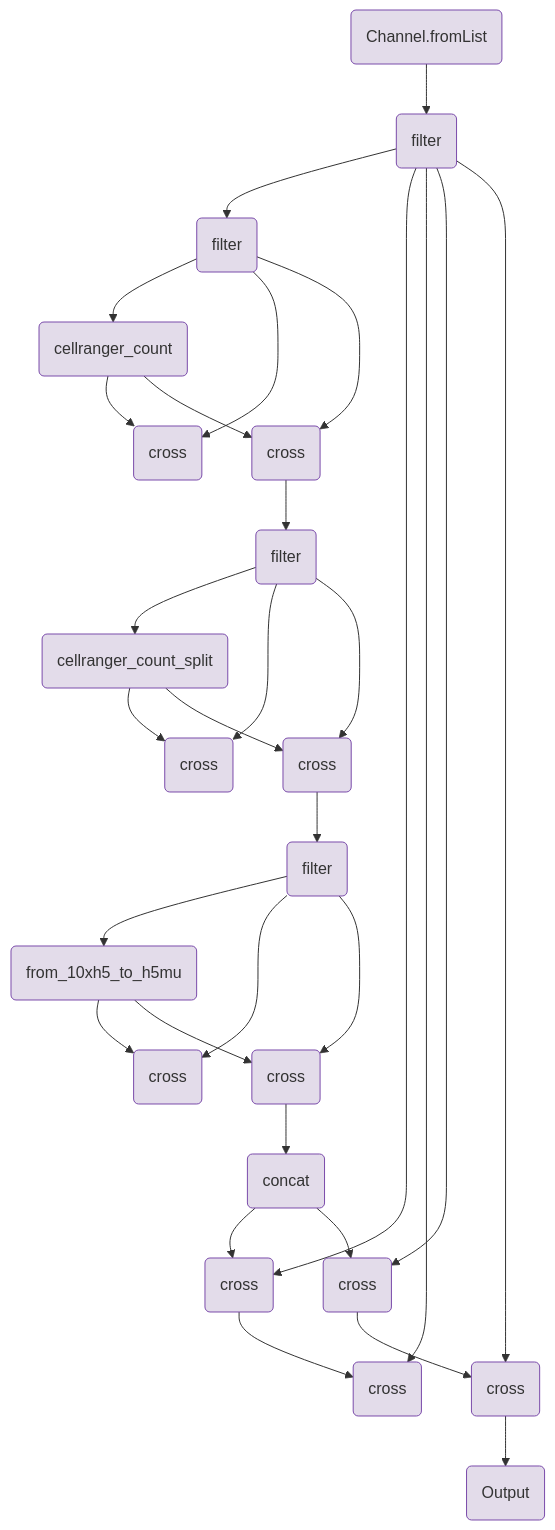
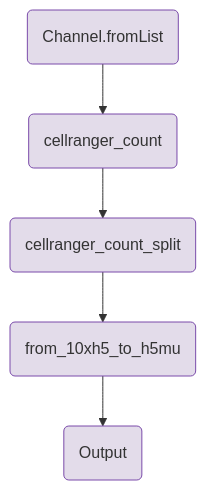
The diagram in components/workflows/ingestion/cellranger_mapping.qmd (openpipelines-bio/website), drawn with Mermaid before and after one commit. The commit also changed other lines of this file and 144 other files, not shown here.

````diff
--- a/components/workflows/ingestion/cellranger_mapping.qmd
+++ b/components/workflows/ingestion/cellranger_mapping.qmd
@@ -123,73 +121,18 @@
 ```{mermaid}
 flowchart TB
     v0(Channel.fromList)
-    v2(filter)
-    v9(filter)
     v17(cellranger_count)
-    v24(cross)
-    v34(cross)
-    v40(filter)
-    v48(cellranger_count_split)
-    v55(cross)
-    v65(cross)
-    v71(filter)
-    v101(concat)
-    v79(from_10xh5_to_h5mu)
-    v86(cross)
-    v96(cross)
-    v108(cross)
-    v115(cross)
-    v127(cross)
-    v134(cross)
-    v138(Output)
-    v0-->v2
-    v2-->v9
-    v9-->v17
-    v17-->v24
-    v9-->v24
-    v9-->v34
-    v40-->v48
-    v48-->v55
-    v40-->v55
-    v40-->v65
-    v71-->v79
-    v79-->v86
-    v71-->v86
-    v71-->v96
-    v96-->v101
-    v101-->v108
-    v2-->v108
-    v108-->v115
-    v2-->v115
-    v2-->v127
-    v127-->v134
-    v2-->v134
-    v134-->v138
-    v34-->v40
-    v17-->v34
-    v65-->v71
-    v48-->v65
-    v79-->v96
-    v101-->v127
+    v37(cellranger_count_split)
+    v57(from_10xh5_to_h5mu)
+    v84(Output)
+    v0-->v17
+    v17-->v37
+    v37-->v57
+    v57-->v84
     style v0 fill:#e3dcea,stroke:#7a4baa;
-    style v2 fill:#e3dcea,stroke:#7a4baa;
-    style v9 fill:#e3dcea,stroke:#7a4baa;
     style v17 fill:#e3dcea,stroke:#7a4baa;
-    style v24 fill:#e3dcea,stroke:#7a4baa;
-    style v34 fill:#e3dcea,stroke:#7a4baa;
-    style v40 fill:#e3dcea,stroke:#7a4baa;
-    style v48 fill:#e3dcea,stroke:#7a4baa;
-    style v55 fill:#e3dcea,stroke:#7a4baa;
-    style v65 fill:#e3dcea,stroke:#7a4baa;
-    style v71 fill:#e3dcea,stroke:#7a4baa;
-    style v101 fill:#e3dcea,stroke:#7a4baa;
-    style v79 fill:#e3dcea,stroke:#7a4baa;
-    style v86 fill:#e3dcea,stroke:#7a4baa;
-    style v96 fill:#e3dcea,stroke:#7a4baa;
-    style v108 fill:#e3dcea,stroke:#7a4baa;
-    style v115 fill:#e3dcea,stroke:#7a4baa;
-    style v127 fill:#e3dcea,stroke:#7a4baa;
-    style v134 fill:#e3dcea,stroke:#7a4baa;
-    style v138 fill:#e3dcea,stroke:#7a4baa;
+    style v37 fill:#e3dcea,stroke:#7a4baa;
+    style v57 fill:#e3dcea,stroke:#7a4baa;
+    style v84 fill:#e3dcea,stroke:#7a4baa;
 
 ```
````
